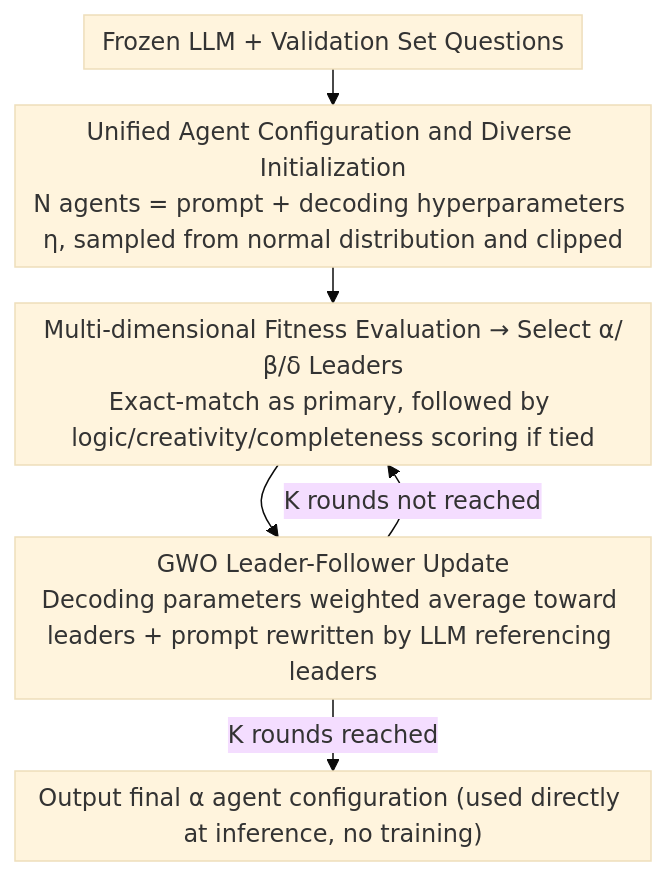
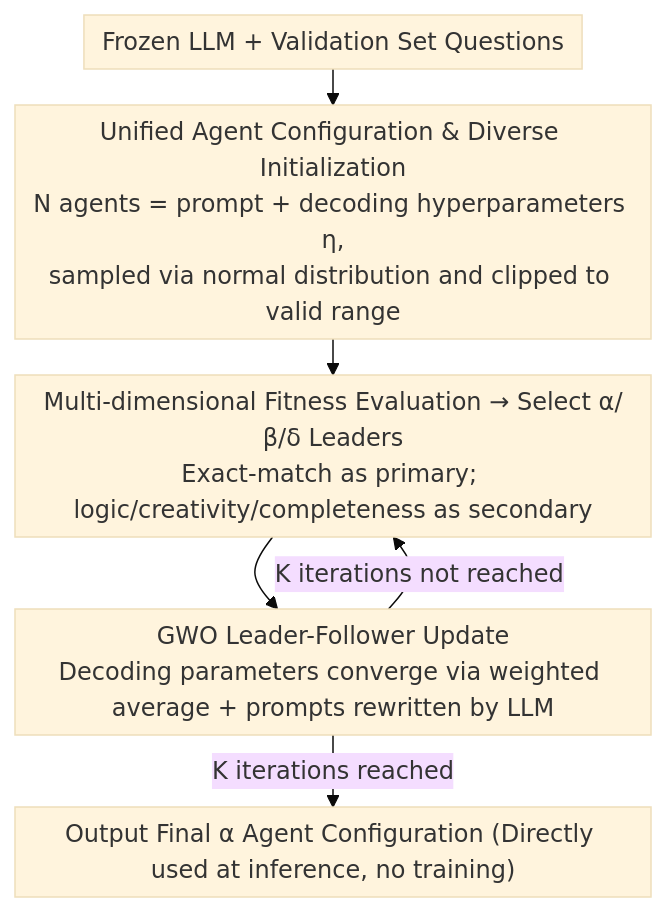
One commit to zhaoyang97/Paper-Notes-en changed the diagram in docs/ACL2026/llm_agent/agent-gwo_collaborative_agents_for_dynamic_prompt_optimization_in_large_language.md. Above: the diagram before and after it, drawn with Mermaid (base theme). The commit also changed other lines of this file and 5084 other files, not shown here.

````diff
--- a/docs/ACL2026/llm_agent/agent-gwo_collaborative_agents_for_dynamic_prompt_optimization_in_large_language.md
+++ b/docs/ACL2026/llm_agent/agent-gwo_collaborative_agents_for_dynamic_prompt_optimization_in_large_language.md
@@ -45,9 +45,9 @@
 ```mermaid
 %%{init: {'flowchart': {'rankSpacing': 24, 'nodeSpacing': 28, 'padding': 6, 'wrappingWidth': 400}}}%%
 flowchart TD
-    A["Frozen LLM + Validation Set Questions"] --> B["Unified Agent Configuration and Diverse Initialization<br/>N agents = prompt + decoding hyperparameters η, sampled from normal distribution and clipped"]
-    B --> C["Multi-dimensional Fitness Evaluation → Select α/β/δ Leaders<br/>Exact-match as primary, followed by logic/creativity/completeness scoring if tied"]
-    C --> D["GWO Leader-Follower Update<br/>Decoding parameters weighted average toward leaders + prompt rewritten by LLM referencing leaders"]
-    D -->|K rounds not reached| C
-    D -->|K rounds reached| E["Output final α agent configuration (used directly at inference, no training)"]
+    A["Frozen LLM + Validation Set Questions"] --> B["Unified Agent Configuration & Diverse Initialization<br/>N agents = prompt + decoding hyperparameters η,<br/>sampled via normal distribution and clipped to valid range"]
+    B --> C["Multi-dimensional Fitness Evaluation → Select α/β/δ Leaders<br/>Exact-match as primary; logic/creativity/completeness as secondary"]
+    C --> D["GWO Leader-Follower Update<br/>Decoding parameters converge via weighted average + prompts rewritten by LLM"]
+    D -->|K iterations not reached| C
+    D -->|K iterations reached| E["Output Final α Agent Configuration (Directly used at inference, no training)"]
 ```
````
